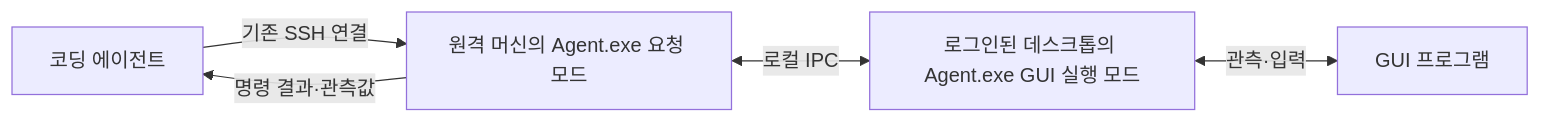
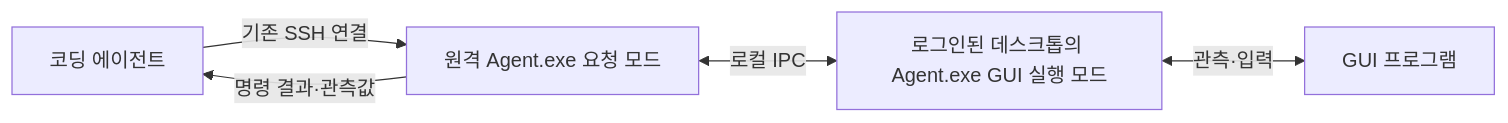
The diagram in README.md (jacking75/DesktopTestDriver), drawn with Mermaid before and after one commit. The commit also changed other lines of this file and 1 other file, not shown here.

````diff
--- a/README.md
+++ b/README.md
@@ -15,7 +32,7 @@
 ```mermaid
 flowchart LR
-    A[코딩 에이전트] -->|기존 SSH 연결| C[원격 머신의 Agent.exe 요청 모드]
+    A[코딩 에이전트] -->|기존 SSH 연결| C[원격 Agent.exe 요청 모드]
     C <-->|로컬 IPC| H[로그인된 데스크톱의 Agent.exe GUI 실행 모드]
     H <-->|관측·입력| P[GUI 프로그램]
     C -->|명령 결과·관측값| A
 ```
````
